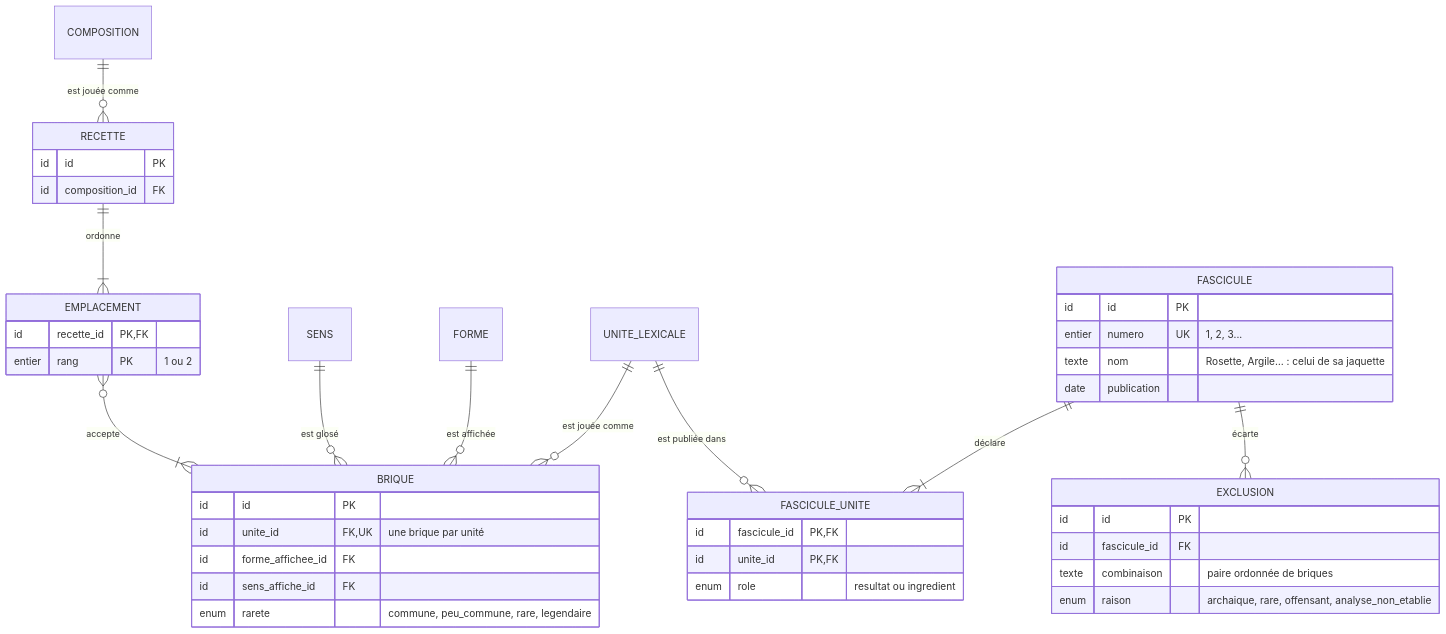
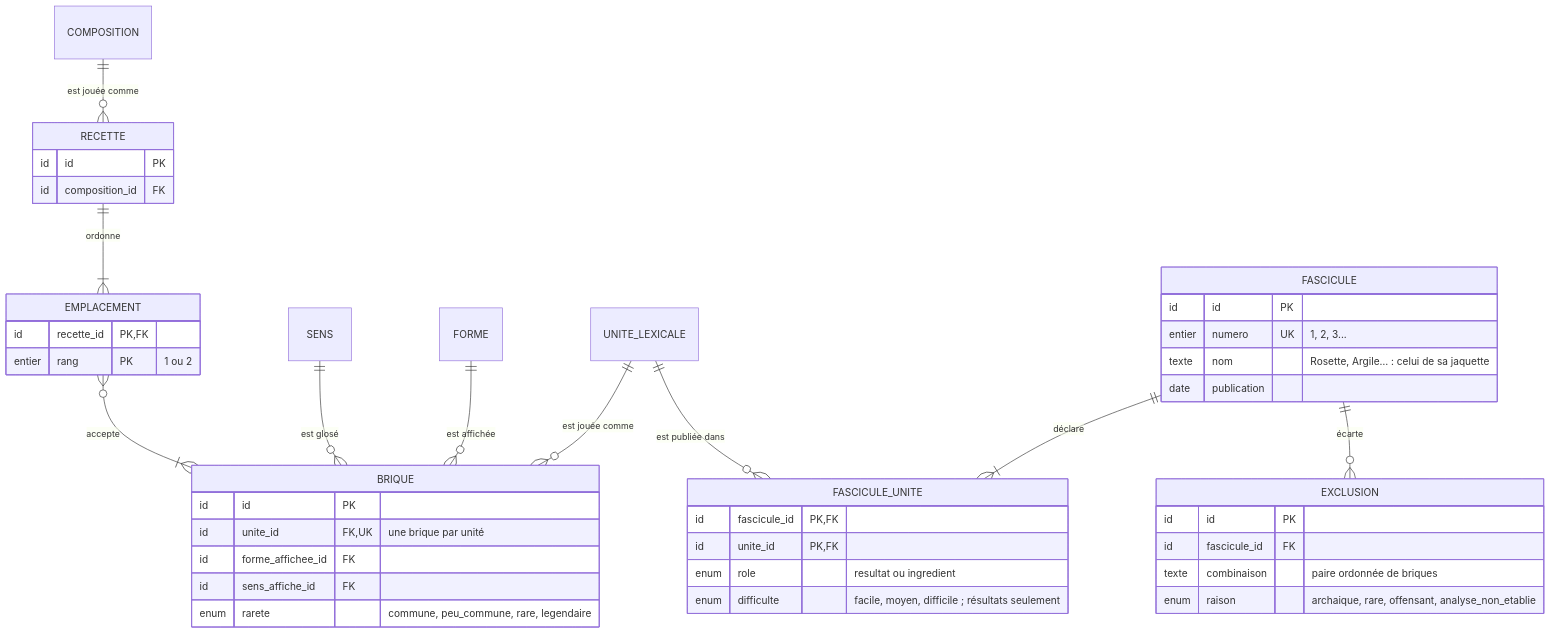
Before and after one commit to EtymoLogique/Design: the sixth of 8 diagrams in docs/modele-donnees.md, drawn with Mermaid. The commit also changed other lines of this file and 13 other files, not shown here.

````diff
--- a/docs/modele-donnees.md
+++ b/docs/modele-donnees.md
@@ -308,45 +308,46 @@
 ```mermaid
 erDiagram
     UNITE_LEXICALE ||--o{ BRIQUE : "est jouée comme"
     FORME ||--o{ BRIQUE : "est affichée"
     SENS ||--o{ BRIQUE : "est glosé"
     COMPOSITION ||--o{ RECETTE : "est jouée comme"
     RECETTE ||--|{ EMPLACEMENT : "ordonne"
     EMPLACEMENT }o--|{ BRIQUE : "accepte"
     FASCICULE ||--|{ FASCICULE_UNITE : "déclare"
     UNITE_LEXICALE ||--o{ FASCICULE_UNITE : "est publiée dans"
     FASCICULE ||--o{ EXCLUSION : "écarte"
 
     BRIQUE {
         id id PK
         id unite_id FK, UK "une brique par unité"
         id forme_affichee_id FK
         id sens_affiche_id FK
         enum rarete "commune, peu_commune, rare, legendaire"
     }
     RECETTE {
         id id PK
         id composition_id FK
     }
     EMPLACEMENT {
         id recette_id PK, FK
         entier rang PK "1 ou 2"
     }
     FASCICULE {
         id id PK
         entier numero UK "1, 2, 3..."
         texte nom "Rosette, Argile… : celui de sa jaquette"
         date publication
     }
     FASCICULE_UNITE {
         id fascicule_id PK, FK
         id unite_id PK, FK
         enum role "resultat ou ingredient"
+        enum difficulte "facile, moyen, difficile ; résultats seulement"
     }
     EXCLUSION {
         id id PK
         id fascicule_id FK
         texte combinaison "paire ordonnée de briques"
         enum raison "archaique, rare, offensant, analyse_non_etablie"
     }
 ```
````
